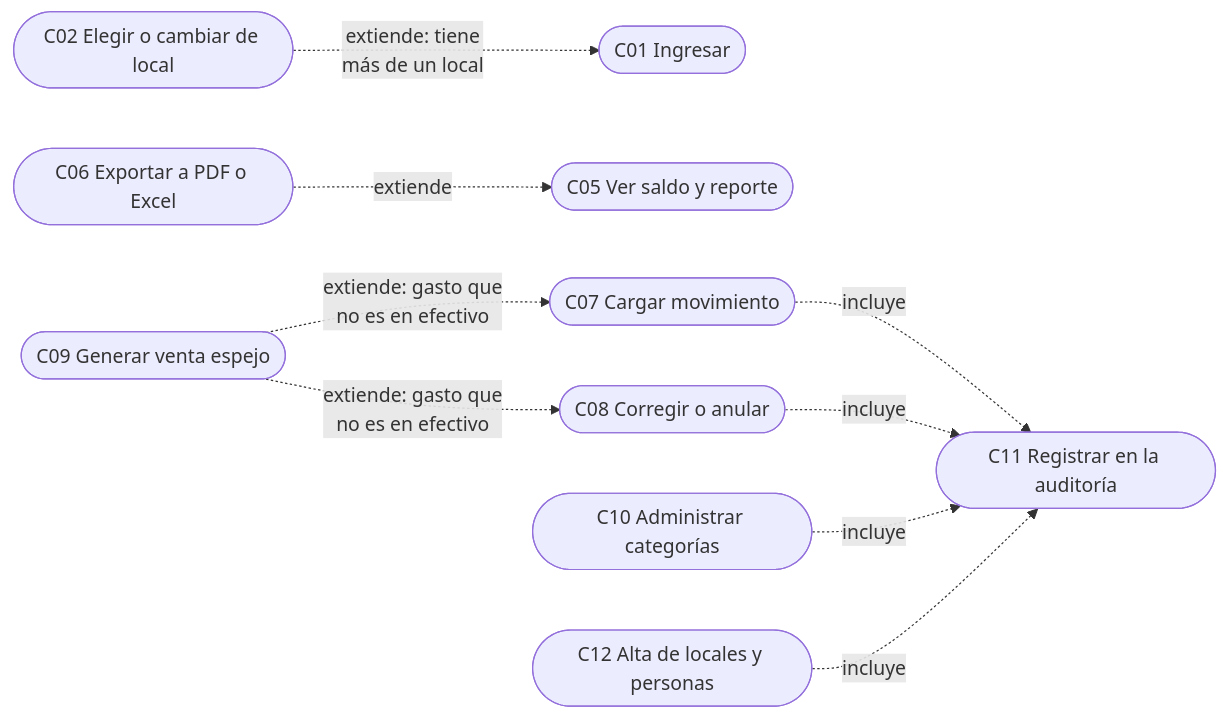
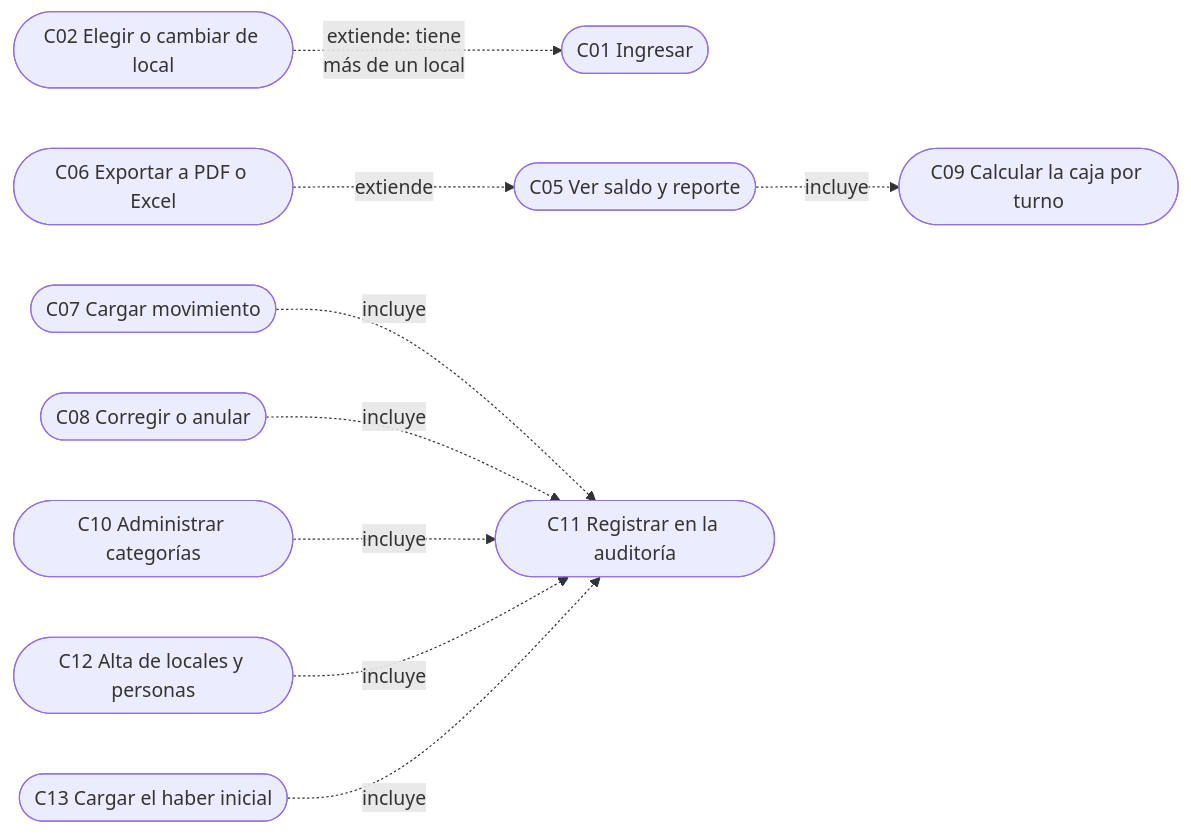
The second of 2 diagrams in docs/diagramas/02-casos-de-uso.md (aleharo2003/floky-cuadernos), drawn with Mermaid before and after one commit. The commit also changed other lines of this file and 45 other files, not shown here.

````diff
--- a/docs/diagramas/02-casos-de-uso.md
+++ b/docs/diagramas/02-casos-de-uso.md
@@ -53,11 +55,11 @@
 ```mermaid
 flowchart LR
     C02(["C02 Elegir o cambiar de local"]) -.->|"extiende: tiene<br/>más de un local"| C01(["C01 Ingresar"])
     C06(["C06 Exportar a PDF o Excel"]) -.->|"extiende"| C05(["C05 Ver saldo y reporte"])
-    C09(["C09 Generar venta espejo"]) -.->|"extiende: gasto que<br/>no es en efectivo"| C07(["C07 Cargar movimiento"])
-    C09 -.->|"extiende: gasto que<br/>no es en efectivo"| C08(["C08 Corregir o anular"])
-    C07 -.->|"incluye"| C11(["C11 Registrar en la auditoría"])
-    C08 -.->|"incluye"| C11
+    C05 -.->|"incluye"| C09(["C09 Calcular la caja por turno"])
+    C07(["C07 Cargar movimiento"]) -.->|"incluye"| C11(["C11 Registrar en la auditoría"])
+    C08(["C08 Corregir o anular"]) -.->|"incluye"| C11
     C10(["C10 Administrar categorías"]) -.->|"incluye"| C11
     C12(["C12 Alta de locales y personas"]) -.->|"incluye"| C11
+    C13(["C13 Cargar el haber inicial"]) -.->|"incluye"| C11
 ```
````
